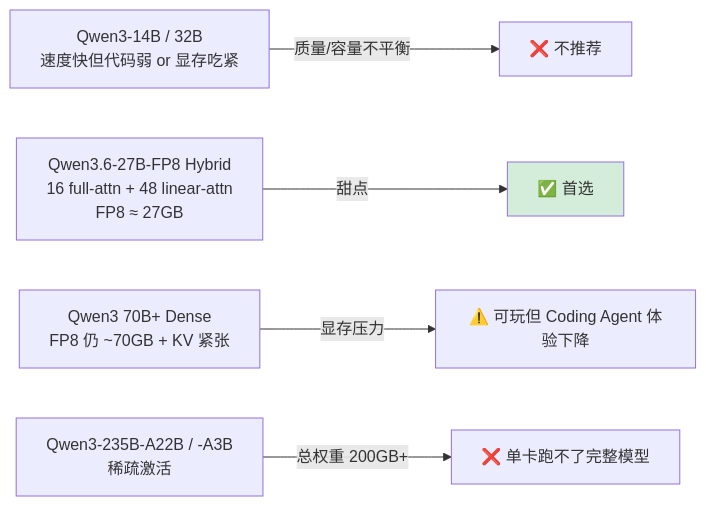
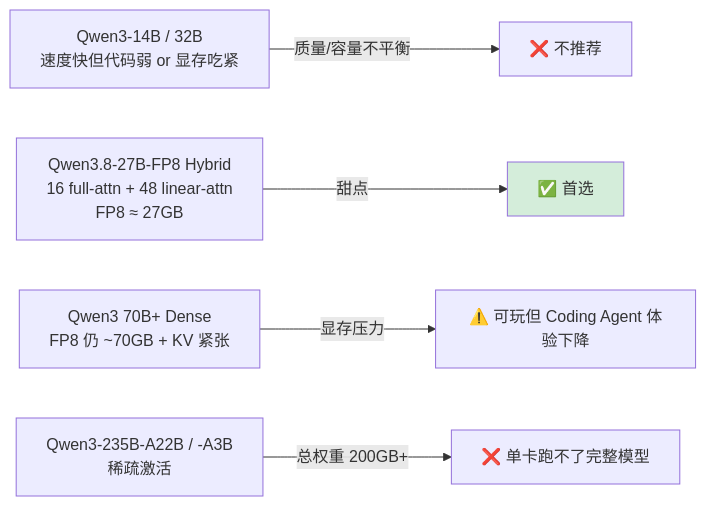
The first of 4 diagrams in 09-local-coding-agent.md (Xuefei-Zhang/llm-infer-journey), drawn with Mermaid before and after one commit. The commit also changed other lines of this file and 13 other files, not shown here.

````diff
--- a/09-local-coding-agent.md
+++ b/09-local-coding-agent.md
@@ -27,9 +27,9 @@
 ```mermaid
 graph LR
     M14B[Qwen3-14B / 32B<br/>速度快但代码弱 or 显存吃紧] -->|质量/容量不平衡| X1[❌ 不推荐]
-    M27B[Qwen3.6-27B-FP8 Hybrid<br/>16 full-attn + 48 linear-attn<br/>FP8 ≈ 27GB] -->|甜点| OK[✅ 首选]
+    M27B[Qwen3.8-27B-FP8 Hybrid<br/>16 full-attn + 48 linear-attn<br/>FP8 ≈ 27GB] -->|甜点| OK[✅ 首选]
     M70B[Qwen3 70B+ Dense<br/>FP8 仍 ~70GB + KV 紧张] -->|显存压力| X2[⚠️ 可玩但 Coding Agent 体验下降]
     MoE[Qwen3-235B-A22B / -A3B<br/>稀疏激活] -->|总权重 200GB+| X3[❌ 单卡跑不了完整模型]
 
     style OK fill:#d4edda
 ```
````
